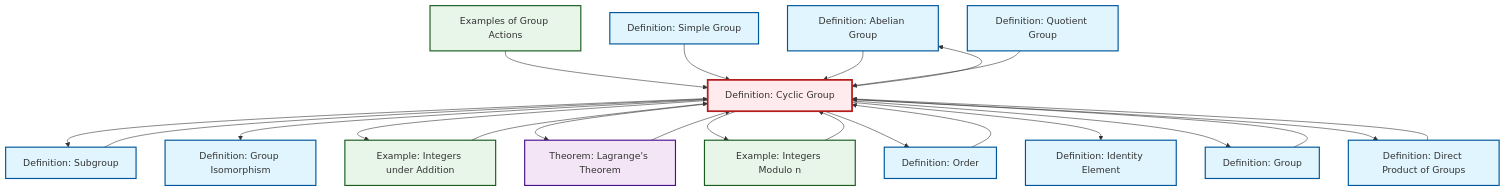
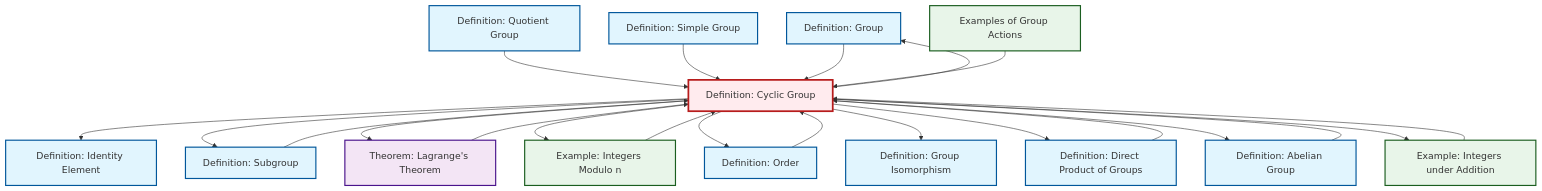
One commit to RK0429/ModernMath changed the diagram in content/ja/algebra/def-cyclic-group.qmd. Above: the diagram before and after it, drawn with Mermaid. The commit also changed other lines of this file and 634 other files, not shown here.

````diff
--- a/content/ja/algebra/def-cyclic-group.qmd
+++ b/content/ja/algebra/def-cyclic-group.qmd
@@ -102,58 +102,58 @@
 ```{mermaid}
 %%| fig-cap: "Local dependency graph"
 graph TD
     classDef definition fill:#e1f5fe,stroke:#01579b,stroke-width:2px
     classDef theorem fill:#f3e5f5,stroke:#4a148c,stroke-width:2px
     classDef axiom fill:#fff3e0,stroke:#e65100,stroke-width:2px
     classDef example fill:#e8f5e9,stroke:#1b5e20,stroke-width:2px
     classDef current fill:#ffebee,stroke:#b71c1c,stroke-width:3px
+    def-group["Definition: Group"]:::definition
     def-abelian-group["Definition: Abelian Group"]:::definition
-    ex-integers-addition["Example: Integers under Addition"]:::example
     thm-lagrange["Theorem: Lagrange's Theorem"]:::theorem
-    def-group["Definition: Group"]:::definition
-    def-cyclic-group["Definition: Cyclic Group"]:::definition
     def-simple-group["Definition: Simple Group"]:::definition
     def-subgroup["Definition: Subgroup"]:::definition
+    def-cyclic-group["Definition: Cyclic Group"]:::definition
     def-quotient-group["Definition: Quotient Group"]:::definition
     def-isomorphism["Definition: Group Isomorphism"]:::definition
+    def-direct-product["Definition: Direct Product of Groups"]:::definition
+    def-order["Definition: Order"]:::definition
     ex-quotient-integers-mod-n["Example: Integers Modulo n"]:::example
-    def-order["Definition: Order"]:::definition
+    def-identity-element["Definition: Identity Element"]:::definition
     ex-group-action-examples["Examples of Group Actions"]:::example
-    def-identity-element["Definition: Identity Element"]:::definition
-    def-direct-product["Definition: Direct Product of Groups"]:::definition
+    ex-integers-addition["Example: Integers under Addition"]:::example
+    def-cyclic-group --> def-identity-element
+    def-quotient-group --> def-cyclic-group
     def-cyclic-group --> def-subgroup
-    def-group --> def-cyclic-group
+    def-cyclic-group --> thm-lagrange
+    def-cyclic-group --> def-group
+    def-cyclic-group --> ex-quotient-integers-mod-n
+    ex-integers-addition --> def-cyclic-group
+    ex-quotient-integers-mod-n --> def-cyclic-group
+    def-cyclic-group --> def-order
+    def-direct-product --> def-cyclic-group
     def-cyclic-group --> def-isomorphism
-    ex-group-action-examples --> def-cyclic-group
-    thm-lagrange --> def-cyclic-group
-    def-subgroup --> def-cyclic-group
-    def-cyclic-group --> ex-integers-addition
-    def-order --> def-cyclic-group
-    def-cyclic-group --> def-abelian-group
-    def-direct-product --> def-cyclic-group
-    def-cyclic-group --> thm-lagrange
-    ex-integers-addition --> def-cyclic-group
-    def-cyclic-group --> ex-quotient-integers-mod-n
-    def-cyclic-group --> def-order
-    def-cyclic-group --> def-identity-element
     def-simple-group --> def-cyclic-group
     def-abelian-group --> def-cyclic-group
-    def-cyclic-group --> def-group
-    ex-quotient-integers-mod-n --> def-cyclic-group
-    def-quotient-group --> def-cyclic-group
+    def-order --> def-cyclic-group
     def-cyclic-group --> def-direct-product
+    def-subgroup --> def-cyclic-group
+    def-cyclic-group --> def-abelian-group
+    thm-lagrange --> def-cyclic-group
+    def-cyclic-group --> ex-integers-addition
+    def-group --> def-cyclic-group
+    ex-group-action-examples --> def-cyclic-group
     class def-cyclic-group current
+    click def-group "def-group.html" "Definition: Groupへ"
     click def-abelian-group "def-abelian-group.html" "Definition: Abelian Groupへ"
-    click ex-integers-addition "ex-integers-addition.html" "Example: Integers under Additionへ"
     click thm-lagrange "thm-lagrange.html" "Theorem: Lagrange's Theoremへ"
-    click def-group "def-group.html" "Definition: Groupへ"
     click def-simple-group "def-simple-group.html" "Definition: Simple Groupへ"
     click def-subgroup "def-subgroup.html" "Definition: Subgroupへ"
     click def-quotient-group "def-quotient-group.html" "Definition: Quotient Groupへ"
     click def-isomorphism "def-isomorphism.html" "Definition: Group Isomorphismへ"
+    click def-direct-product "def-direct-product.html" "Definition: Direct Product of Groupsへ"
+    click def-order "def-order.html" "Definition: Orderへ"
     click ex-quotient-integers-mod-n "ex-quotient-integers-mod-n.html" "Example: Integers Modulo nへ"
-    click def-order "def-order.html" "Definition: Orderへ"
+    click def-identity-element "def-identity-element.html" "Definition: Identity Elementへ"
     click ex-group-action-examples "ex-group-action-examples.html" "Examples of Group Actionsへ"
-    click def-identity-element "def-identity-element.html" "Definition: Identity Elementへ"
-    click def-direct-product "def-direct-product.html" "Definition: Direct Product of Groupsへ"
+    click ex-integers-addition "ex-integers-addition.html" "Example: Integers under Additionへ"
 ```
````
